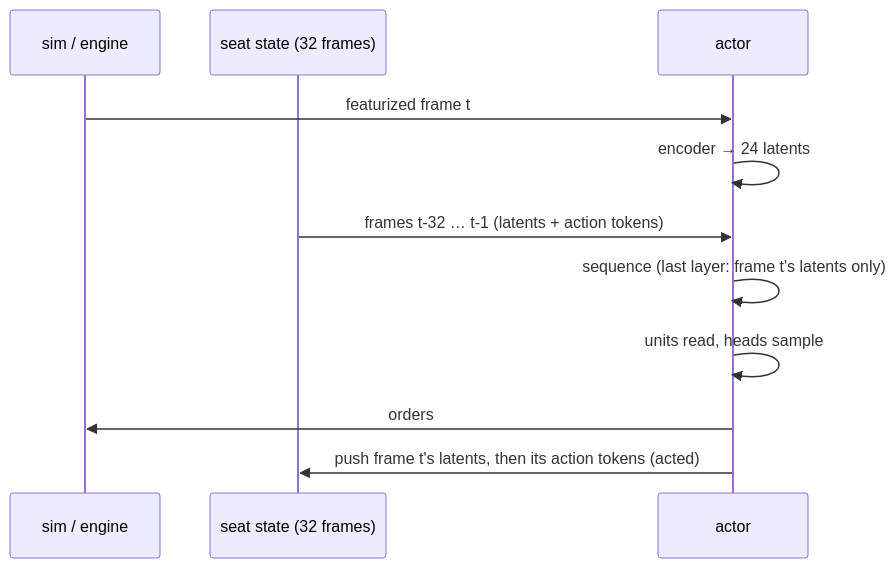
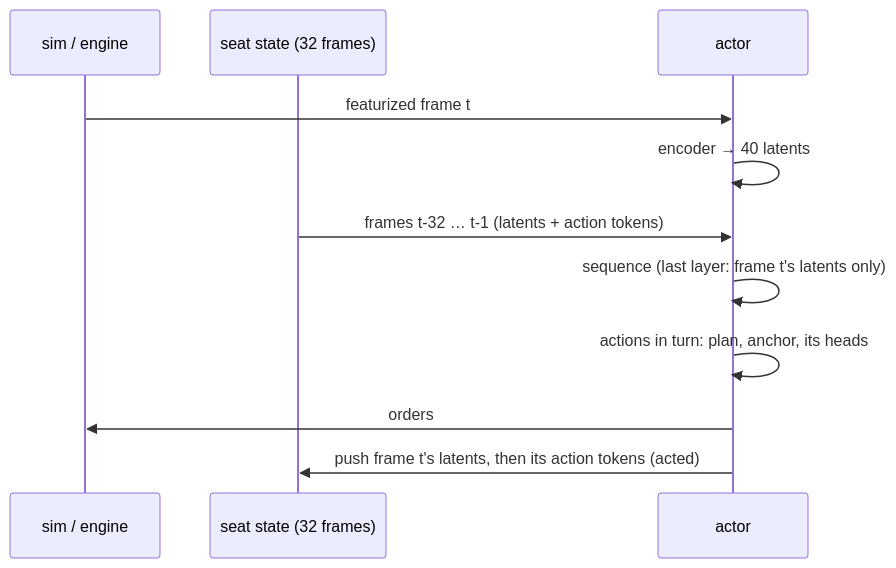
One commit to pts1667/zk-ArenaAI changed the tenth of 11 diagrams in docs/model.md. Above: the diagram before and after it, drawn with Mermaid. The commit also changed other lines of this file and 47 other files, not shown here.

First line of the commit message:
Add air, group orders and Pluto-style actions; train a bigger encoder; add a diversity bonus

````diff
--- a/docs/model.md
+++ b/docs/model.md
@@ -275,13 +328,13 @@
 ```mermaid
 sequenceDiagram
     participant Env as sim / engine
     participant Seat as seat state (32 frames)
     participant Pol as actor
     Env->>Pol: featurized frame t
-    Pol->>Pol: encoder → 24 latents
+    Pol->>Pol: encoder → 40 latents
     Seat->>Pol: frames t-32 … t-1 (latents + action tokens)
     Pol->>Pol: sequence (last layer: frame t's latents only)
-    Pol->>Pol: units read, heads sample
+    Pol->>Pol: actions in turn: plan, anchor, its heads
     Pol->>Env: orders
     Pol->>Seat: push frame t's latents, then its action tokens (acted)
 ```
````
